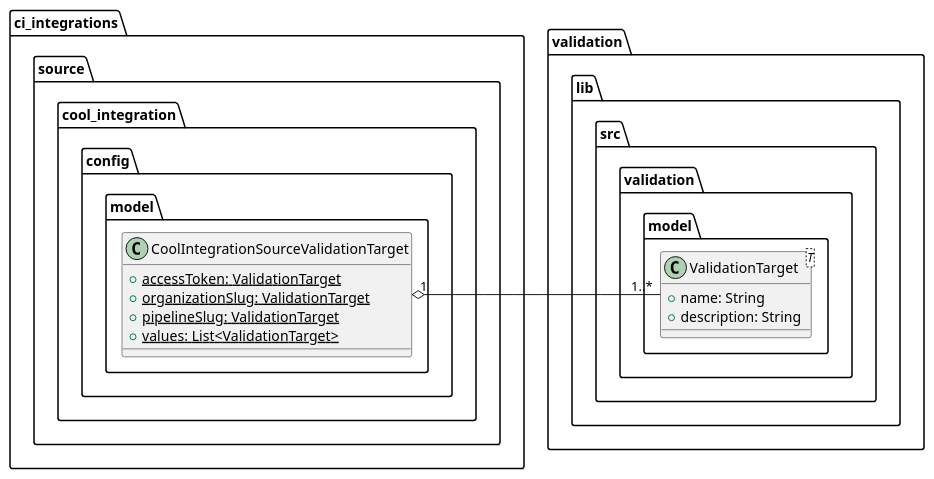
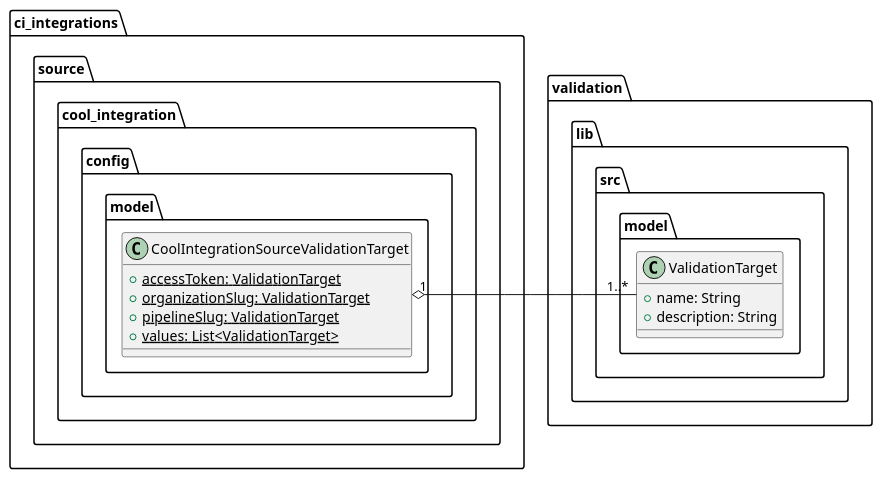
The diagram in metrics/cli/docs/features/doctor_output_improvements/diagrams/cool_integration_source_validation_target_class_diagram.puml (Flank/flank-dashboard), drawn with PlantUML before and after one commit. The commit also changed 5 other files, not shown here.

```diff
--- a/metrics/cli/docs/features/doctor_output_improvements/diagrams/cool_integration_source_validation_target_class_diagram.puml
+++ b/metrics/cli/docs/features/doctor_output_improvements/diagrams/cool_integration_source_validation_target_class_diagram.puml
@@ -1,21 +1,21 @@
 @startuml cool_integration_source_validation_target_class_diagram
 
-package validation.lib.src.validation.model {
-    class ValidationTarget<T> {
+package validation.lib.src.model {
+    class ValidationTarget {
         + name: String
         + description: String
     }
 }
 
 package ci_integrations.source.cool_integration.config.model {
     class CoolIntegrationSourceValidationTarget {
         + {static} accessToken: ValidationTarget
         + {static} organizationSlug: ValidationTarget
         + {static} pipelineSlug: ValidationTarget
         + {static} values: List<ValidationTarget>
     }
 }
 
 ValidationTarget "1..*" -left-o "1" CoolIntegrationSourceValidationTarget
 
 @enduml
```
